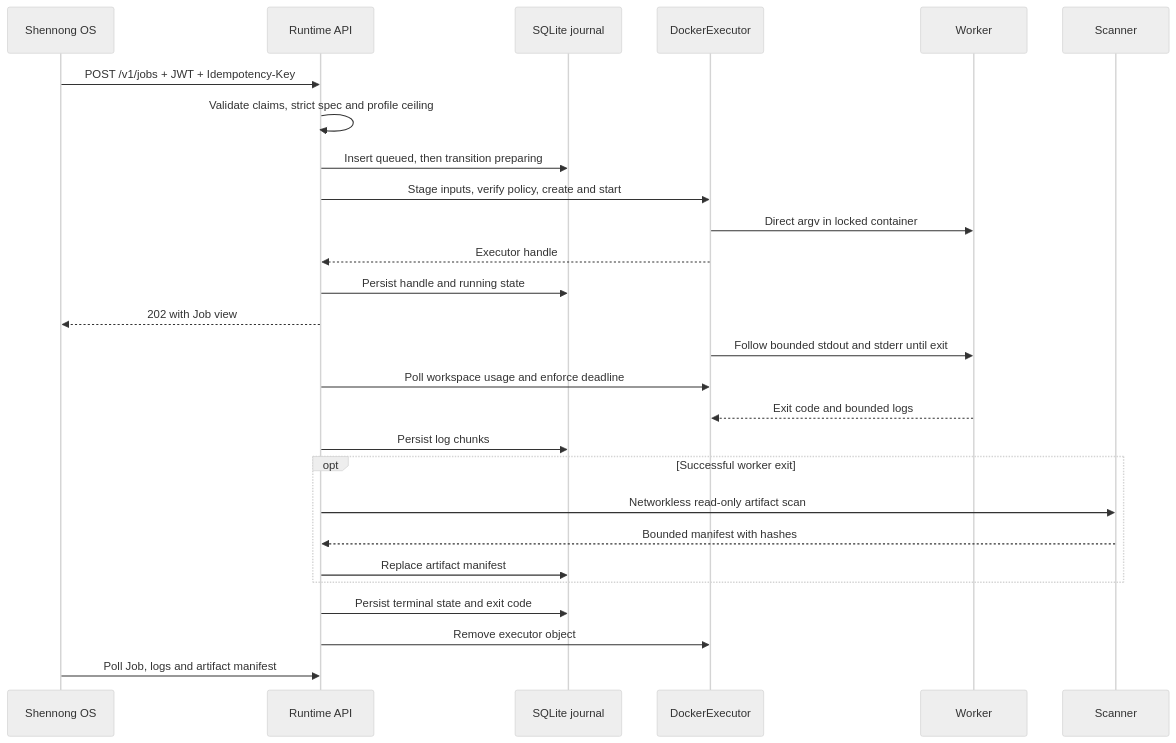
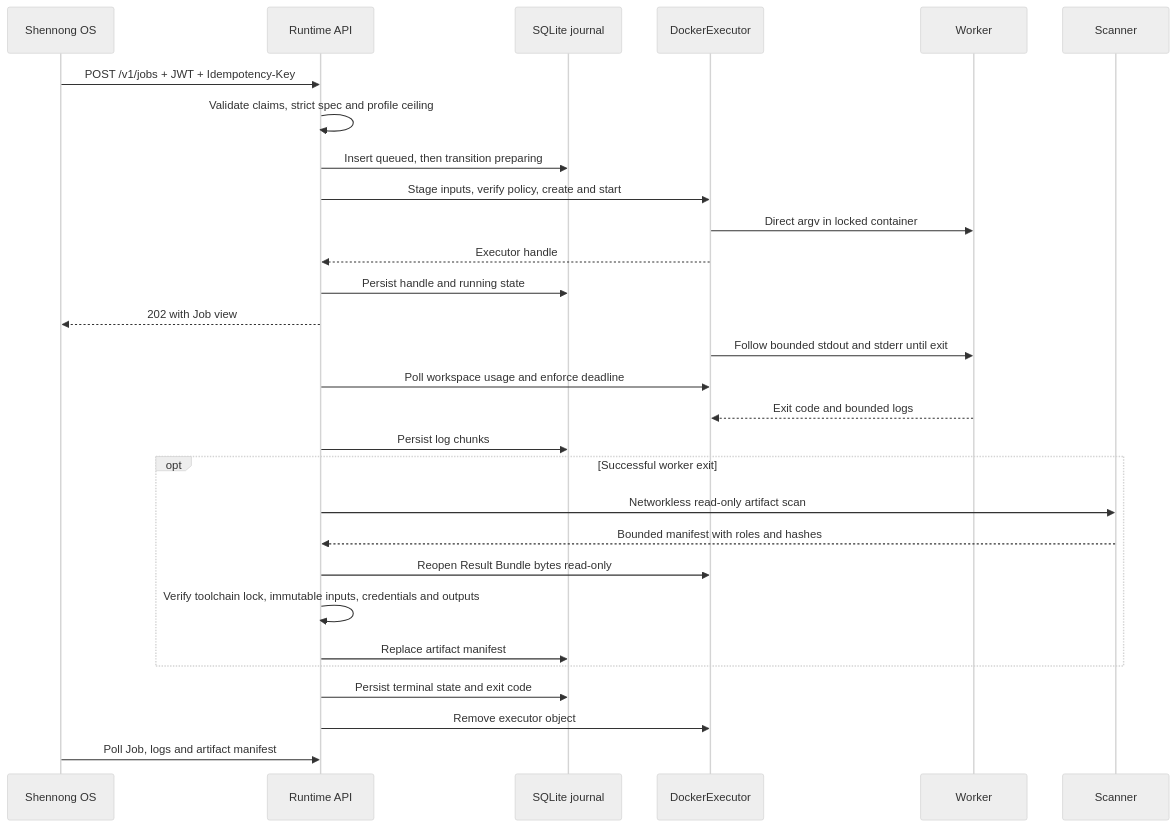
One commit to zerostwo/shennong-runtime changed the third of 4 diagrams in docs/architecture.md. Above: the diagram before and after it, drawn with Mermaid (neutral theme). The commit also changed other lines of this file and 32 other files, not shown here.

````diff
--- a/docs/architecture.md
+++ b/docs/architecture.md
@@ -232,30 +257,32 @@
 ```mermaid
 sequenceDiagram
     participant OS as Shennong OS
     participant API as Runtime API
     participant J as SQLite journal
     participant E as DockerExecutor
     participant W as Worker
     participant S as Scanner
 
     OS->>API: POST /v1/jobs + JWT + Idempotency-Key
     API->>API: Validate claims, strict spec and profile ceiling
     API->>J: Insert queued, then transition preparing
     API->>E: Stage inputs, verify policy, create and start
     E->>W: Direct argv in locked container
     E-->>API: Executor handle
     API->>J: Persist handle and running state
     API-->>OS: 202 with Job view
     E->>W: Follow bounded stdout and stderr until exit
     API->>E: Poll workspace usage and enforce deadline
     W-->>E: Exit code and bounded logs
     API->>J: Persist log chunks
     opt Successful worker exit
         API->>S: Networkless read-only artifact scan
-        S-->>API: Bounded manifest with hashes
+        S-->>API: Bounded manifest with roles and hashes
+        API->>E: Reopen Result Bundle bytes read-only
+        API->>API: Verify toolchain lock, immutable inputs, credentials and outputs
         API->>J: Replace artifact manifest
     end
     API->>J: Persist terminal state and exit code
     API->>E: Remove executor object
     OS->>API: Poll Job, logs and artifact manifest
 ```
````
